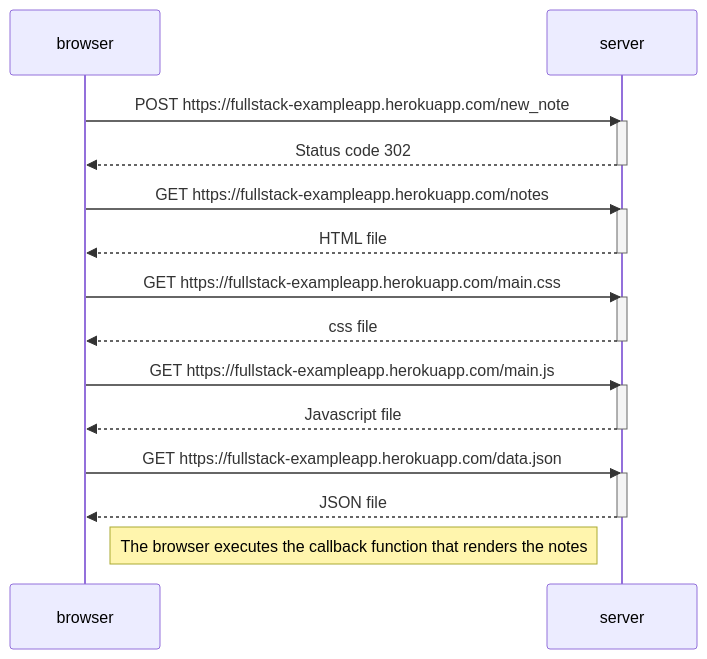
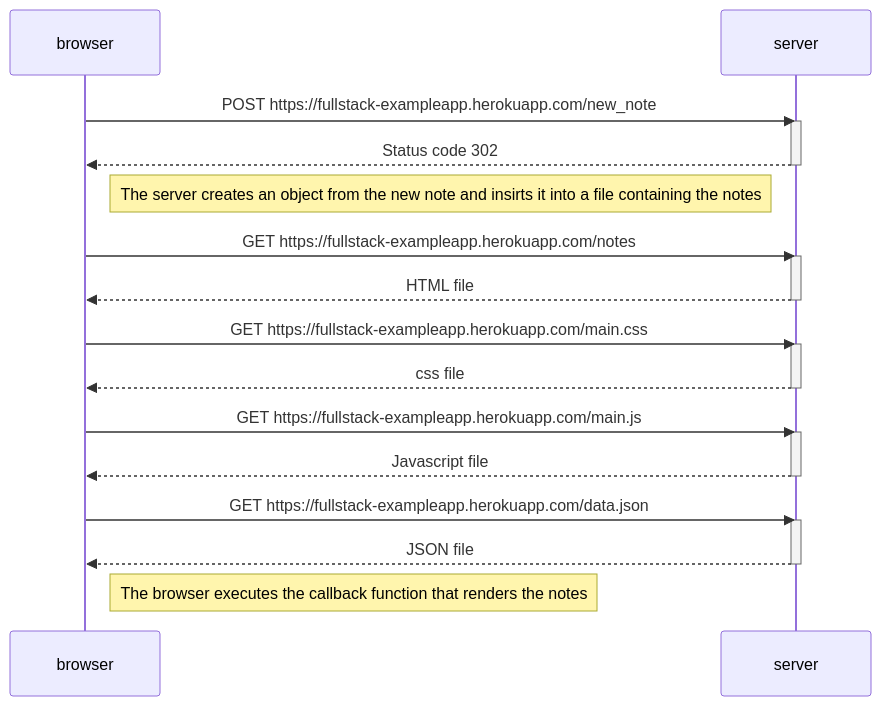
One commit to Juusozz/SequenceDiagram changed the diagram in README.md. Above: the diagram before and after it, drawn with Mermaid.

````diff
--- a/README.md
+++ b/README.md
@@ -1,33 +1,35 @@
 ```mermaid
 sequenceDiagram
     participant browser
     participant server
     
     browser->>server: POST https://fullstack-exampleapp.herokuapp.com/new_note
     activate server
     server-->>browser: Status code 302
     deactivate server
+
+Note right of browser: The server creates an object from the new note and insirts it into a file containing the notes
     
     browser->>server: GET https://fullstack-exampleapp.herokuapp.com/notes
     activate server
     server-->>browser: HTML file
     deactivate server
     
     browser->>server: GET https://fullstack-exampleapp.herokuapp.com/main.css
     activate server
     server-->>browser: css file
     deactivate server
     
     browser->>server: GET https://fullstack-exampleapp.herokuapp.com/main.js
     activate server
     server-->>browser: Javascript file
     deactivate server    
 
     browser->>server: GET https://fullstack-exampleapp.herokuapp.com/data.json
     activate server
     server-->>browser: JSON file
     deactivate server   
 
     Note right of browser: The browser executes the callback function that renders the notes
 
 ```
````
